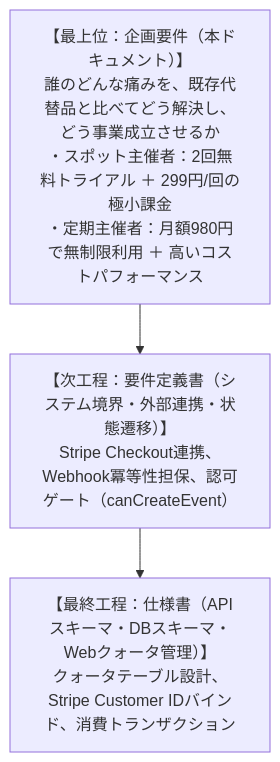
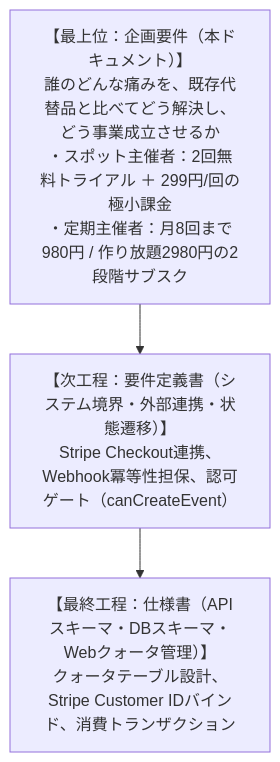
The first of 2 diagrams in docs/billing_and_quota_planning_requirements.md (HirofumiSato/EventKreater), drawn with Mermaid before and after one commit. The commit also changed other lines of this file and 42 other files, not shown here.

````diff
--- a/docs/billing_and_quota_planning_requirements.md
+++ b/docs/billing_and_quota_planning_requirements.md
@@ -10,8 +10,8 @@
 ```mermaid
 flowchart TD
-    A["【最上位：企画要件（本ドキュメント）】<br>誰のどんな痛みを、既存代替品と比べてどう解決し、どう事業成立させるか<br>・スポット主催者：2回無料トライアル ＋ 299円/回の極小課金<br>・定期主催者：月額980円で無制限利用 ＋ 高いコストパフォーマンス"]
+    A["【最上位：企画要件（本ドキュメント）】<br>誰のどんな痛みを、既存代替品と比べてどう解決し、どう事業成立させるか<br>・スポット主催者：2回無料トライアル ＋ 299円/回の極小課金<br>・定期主催者：月8回まで980円 / 作り放題2980円の2段階サブスク"]
     B["【次工程：要件定義書（システム境界・外部連携・状態遷移）】<br>Stripe Checkout連携、Webhook冪等性担保、認可ゲート（canCreateEvent）"]
     C["【最終工程：仕様書（APIスキーマ・DBスキーマ・Webクォータ管理）】<br>クォータテーブル設計、Stripe Customer IDバインド、消費トランザクション"]
     A --> B
     B --> C
 ```
````
